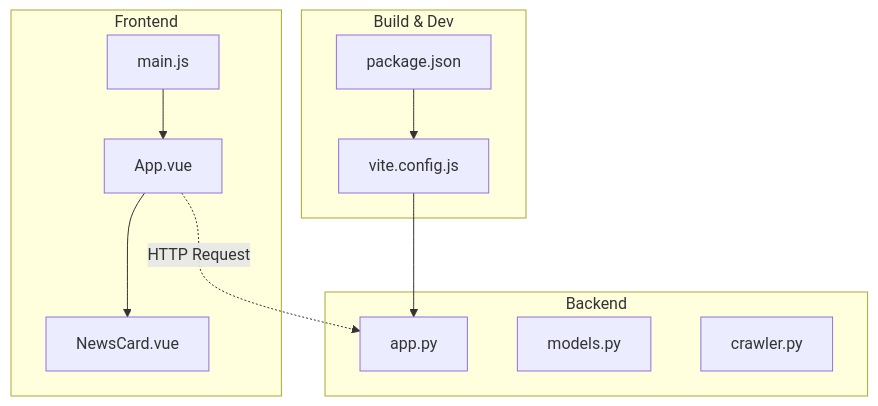
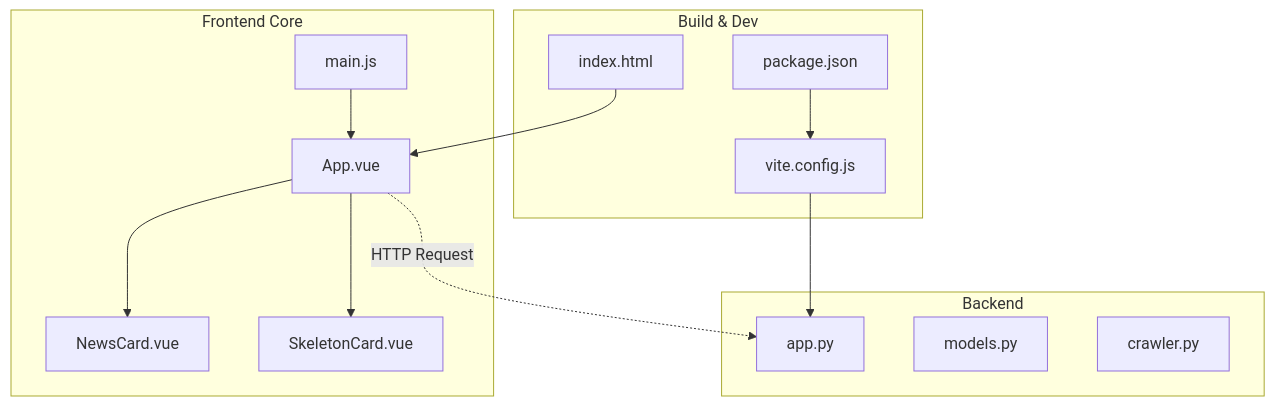
One commit to zbw-zbw/news-aggregator changed the first of 6 diagrams in .qoder/repowiki/en/content/Frontend Application/Frontend Application.md. Above: the diagram before and after it, drawn with Mermaid. The commit also changed other lines of this file and 9 other files, not shown here.

````diff
--- a/.qoder/repowiki/en/content/Frontend Application/Frontend Application.md
+++ b/.qoder/repowiki/en/content/Frontend Application/Frontend Application.md
@@ -39,22 +55,26 @@
 ```mermaid
 graph TB
-subgraph "Frontend"
+subgraph "Frontend Core"
 A["main.js"]
 B["App.vue"]
 C["NewsCard.vue"]
+D["SkeletonCard.vue"]
 end
 subgraph "Build & Dev"
-D["vite.config.js"]
-E["package.json"]
+E["vite.config.js"]
+F["package.json"]
+G["index.html"]
 end
 subgraph "Backend"
-F["app.py"]
-G["models.py"]
-H["crawler.py"]
+H["app.py"]
+I["models.py"]
+J["crawler.py"]
 end
 A --> B
 B --> C
-B -. HTTP Request .-> F
-D --> F
-E --> D
+B --> D
+B -. HTTP Request .-> H
+E --> H
+F --> E
+G --> B
 ```
````
